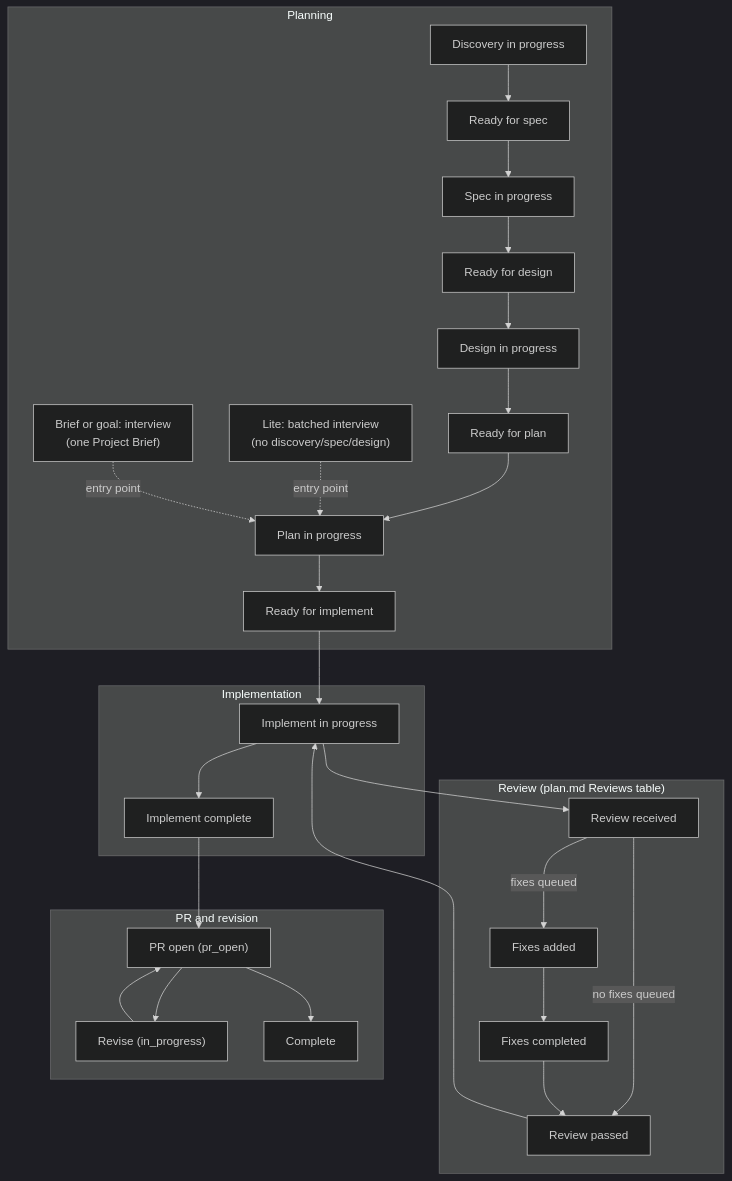
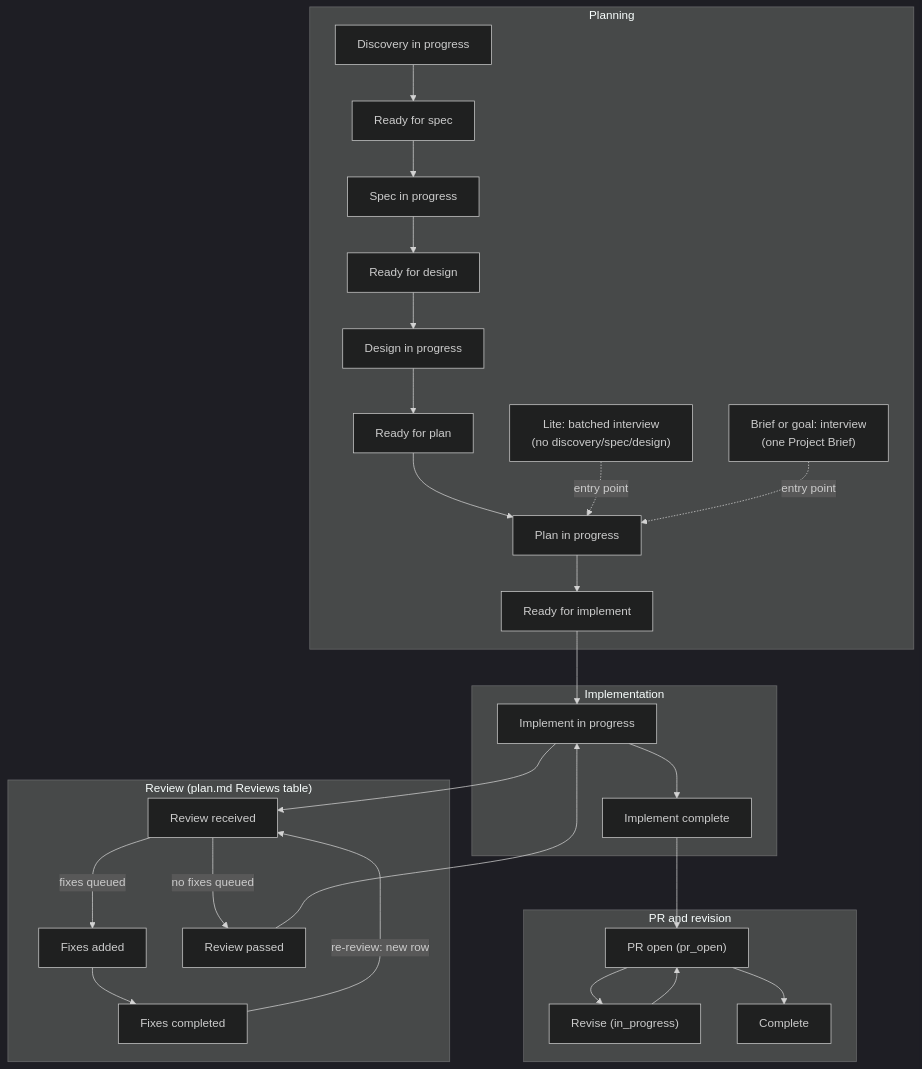
Before and after one commit to voxmedia/open-agent-toolkit: the diagram in apps/oat-docs/docs/reference/project-state-machine.md, drawn with Mermaid (dark theme). The commit also changed other lines of this file and 2 other files, not shown here.

Commit message:
docs: show the re-review row boundary in the state map
Fixes completed leads back to Review received through a re-review that
adds a new Reviews row, rather than straight to Review passed, matching
the review-status diagram and review-provide.

````diff
--- a/apps/oat-docs/docs/reference/project-state-machine.md
+++ b/apps/oat-docs/docs/reference/project-state-machine.md
@@ -29,31 +29,31 @@
     ```mermaid
     flowchart TD
       accTitle: Project state machine by phase
-      accDescr: Planning runs from discovery to ready for implement, with lite and brief or goal entering at plan in progress. Implementation leads to implement complete. A review loop returns to implementation. PR open loops through revise and ends at complete.
+      accDescr: Planning runs from discovery to ready for implement, with lite and brief or goal entering at plan in progress. Implementation leads to implement complete. A review loop, in which a re-review adds a new row, returns to implementation. PR open loops through revise and ends at complete.
       subgraph PLANNING["Planning"]
         D["Discovery in progress"] --> RS["Ready for spec"]
         RS --> S["Spec in progress"] --> RD["Ready for design"]
         RD --> G["Design in progress"] --> RP["Ready for plan"]
         RP --> P["Plan in progress"] --> RI["Ready for implement"]
         LITE["Lite: batched interview\n(no discovery/spec/design)"] -. entry point .-> P
         BRIEF["Brief or goal: interview\n(one Project Brief)"] -. entry point .-> P
       end
       subgraph IMPLEMENTATION["Implementation"]
         I["Implement in progress"] --> IC["Implement complete"]
       end
       subgraph REVIEW["Review (plan.md Reviews table)"]
         RV["Review received"] -->|fixes queued| FA["Fixes added"]
         RV -->|no fixes queued| PASSED["Review passed"]
         FA --> FC["Fixes completed"]
-        FC --> PASSED
+        FC -->|"re-review: new row"| RV
       end
       subgraph PRREV["PR and revision"]
         PRO["PR open (pr_open)"] --> REV["Revise (in_progress)"]
         REV --> PRO
         PRO --> C["Complete"]
       end
       RI --> I
       I --> RV
       PASSED --> I
       IC --> PRO
     ```
````
